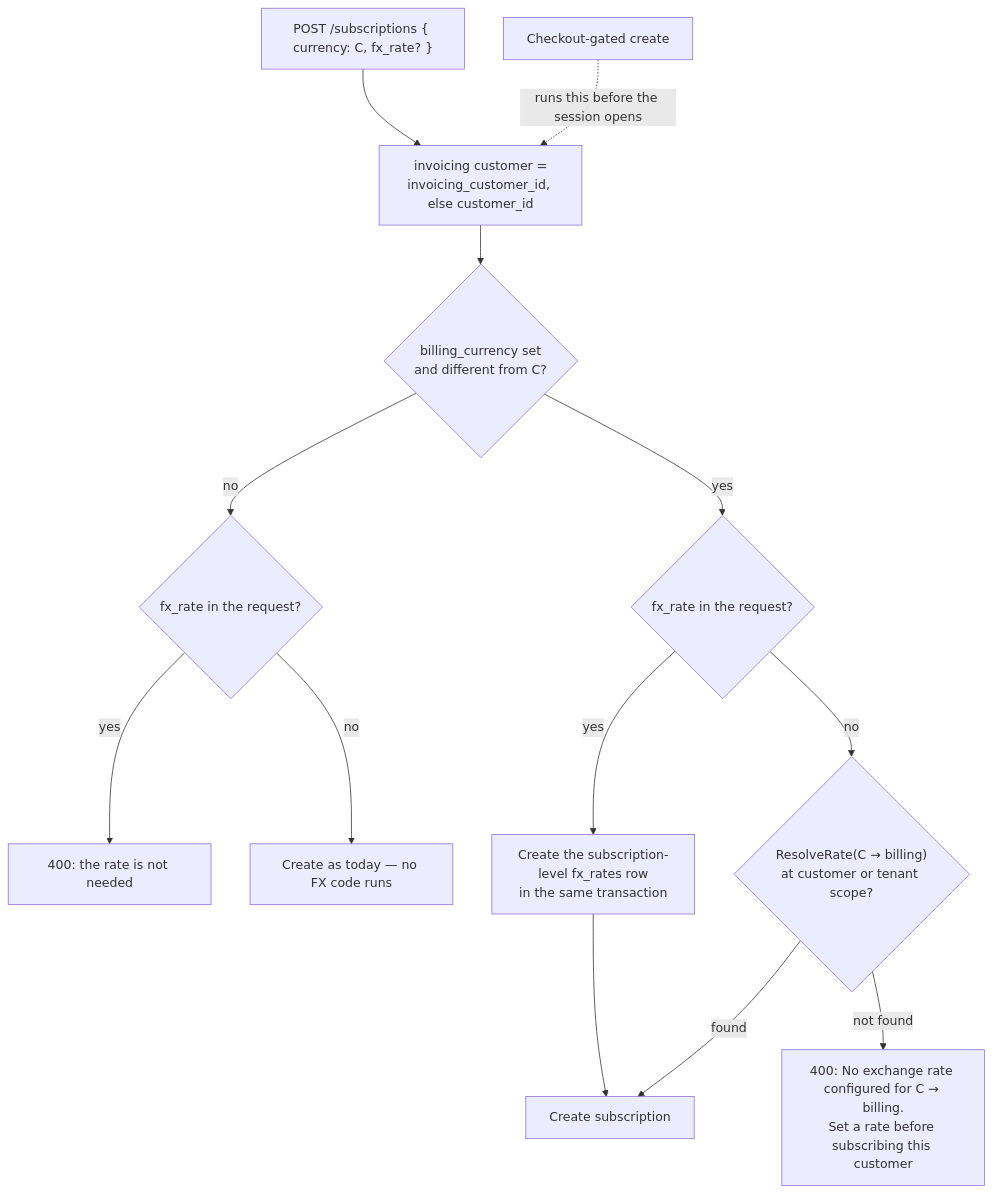
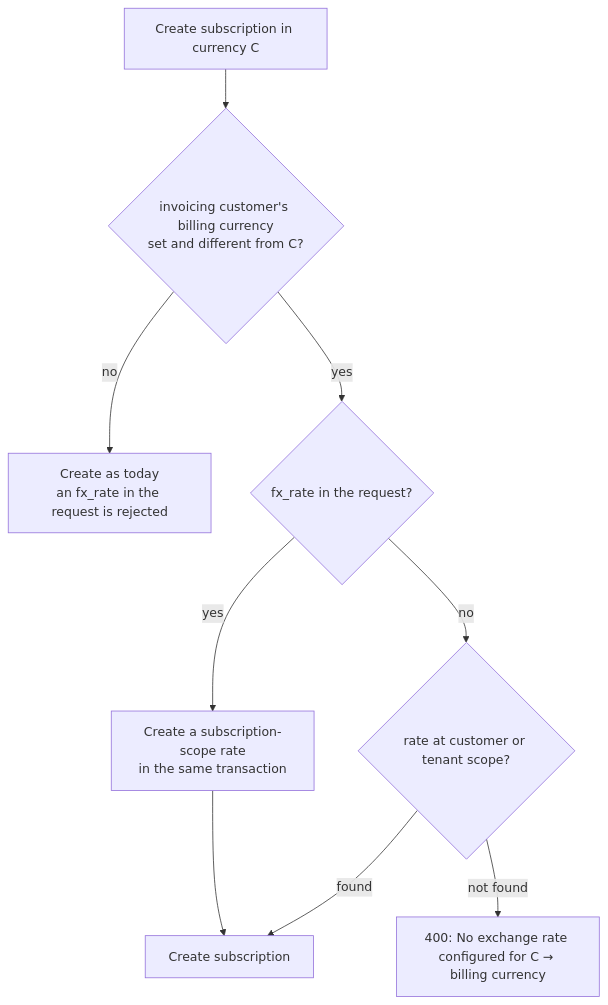
The seventh of 7 diagrams in docs/design/2026-09-26-FLE-1383-adaptive-multi-currency-erd.md (aghijap/flexprice-FLE-1411), drawn with Mermaid before and after one commit. The commit also changed other lines of this file, not shown here.

First line of the commit message:
docs(FLE-1383): restructure the ERD for review

````diff
--- a/docs/design/2026-09-26-FLE-1383-adaptive-multi-currency-erd.md
+++ b/docs/design/2026-09-26-FLE-1383-adaptive-multi-currency-erd.md
@@ -607,14 +587,10 @@
 ```mermaid
 flowchart TD
-    A["POST /subscriptions { currency: C, fx_rate? }"] --> IC["invoicing customer =<br/>invoicing_customer_id, else customer_id"]
-    IC --> B{"billing_currency set<br/>and different from C?"}
-    B -- no --> FX{"fx_rate in the request?"}
-    FX -- yes --> RJ0["400: the rate is not needed"]
-    FX -- no --> CREATE["Create as today — no FX code runs"]
+    A["Create subscription in currency C"] --> B{"invoicing customer's billing currency<br/>set and different from C?"}
+    B -- no --> CREATE["Create as today<br/>an fx_rate in the request is rejected"]
     B -- yes --> INL{"fx_rate in the request?"}
-    INL -- yes --> ROW["Create the subscription-level fx_rates row<br/>in the same transaction"] --> CREATE2["Create subscription"]
-    INL -- no --> RES{"ResolveRate(C → billing)<br/>at customer or tenant scope?"}
+    INL -- yes --> ROW["Create a subscription-scope rate<br/>in the same transaction"] --> CREATE2["Create subscription"]
+    INL -- no --> RES{"rate at customer or tenant scope?"}
     RES -- found --> CREATE2
-    RES -- "not found" --> RJ["400: No exchange rate configured for C → billing.<br/>Set a rate before subscribing this customer"]
-    CK["Checkout-gated create"] -. "runs this before the session opens" .-> IC
+    RES -- "not found" --> RJ["400: No exchange rate configured for C → billing currency"]
 ```
````
